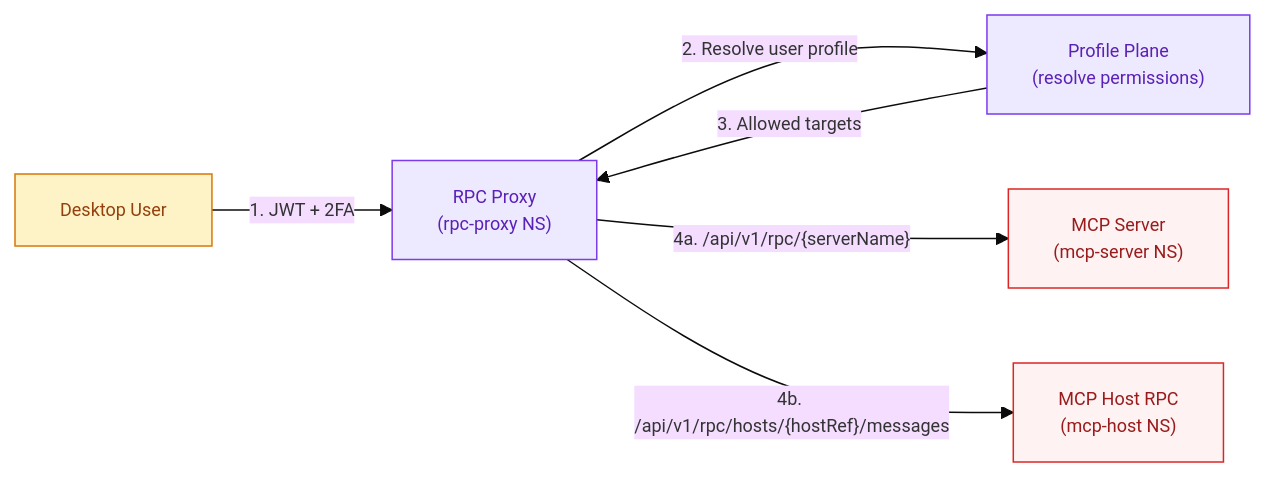
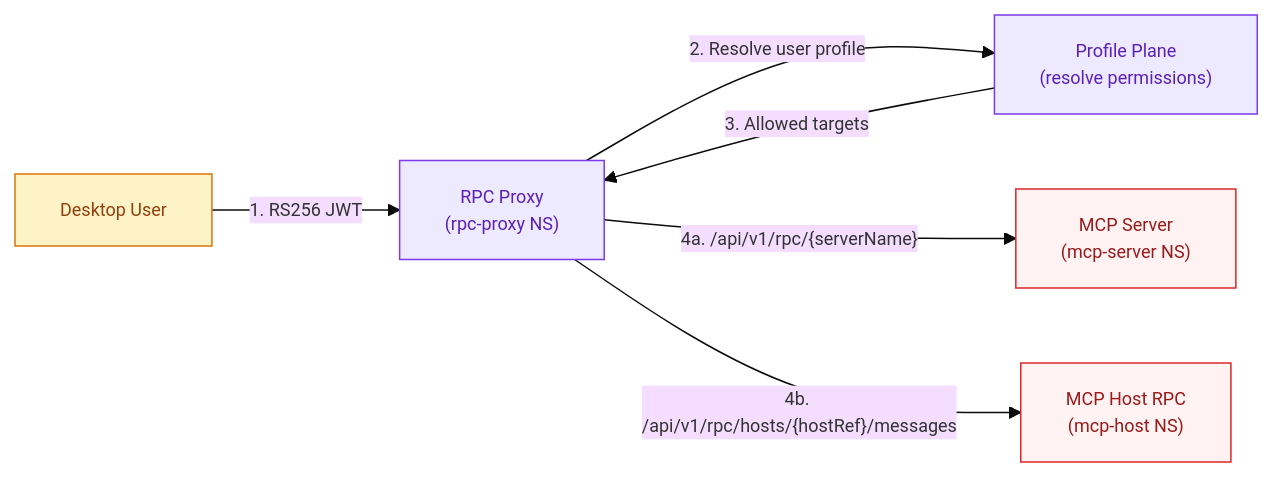
Before and after one commit to evenfire-ai/evenfire: the eighth of 11 diagrams in docs/architecture/platform-topology.md, drawn with Mermaid. The commit also changed other lines of this file and 4 other files, not shown here.

````diff
--- a/docs/architecture/platform-topology.md
+++ b/docs/architecture/platform-topology.md
@@ -630,22 +630,22 @@
 ```mermaid
 %%{init: {'theme':'base', 'themeVariables': {'fontSize':'12px'}}}%%
 flowchart LR
     U["Desktop User"]
     RP["RPC Proxy<br/>(rpc-proxy NS)"]
     PP["Profile Plane<br/>(resolve permissions)"]
     MS["MCP Server<br/>(mcp-server NS)"]
     MH["MCP Host RPC<br/>(mcp-host NS)"]
 
-    U -->|"1. JWT + 2FA"| RP
+    U -->|"1. RS256 JWT"| RP
     RP -->|"2. Resolve user profile"| PP
     PP -->|"3. Allowed targets"| RP
     RP -->|"4a. /api/v1/rpc/{serverName}"| MS
     RP -->|"4b. /api/v1/rpc/hosts/{hostRef}/messages"| MH
 
     classDef deny fill:#FEF2F2,stroke:#DC2626,color:#991B1B
     classDef ctrl fill:#EDE9FE,stroke:#7C3AED,color:#5B21B6
     classDef ext fill:#FEF3C7,stroke:#D97706,color:#92400E
     class MS,MH deny
     class RP,PP ctrl
     class U ext
 ```
````
